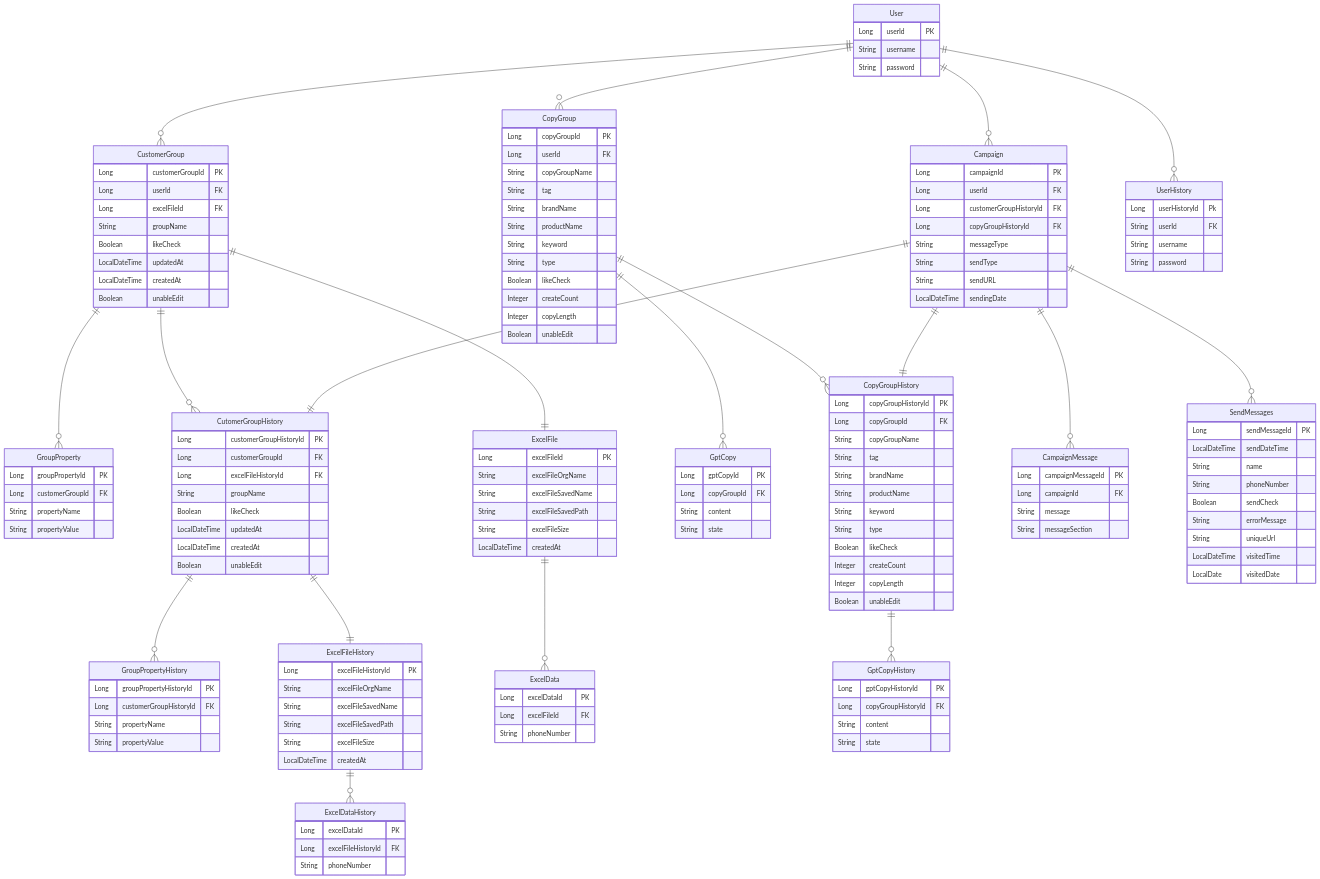
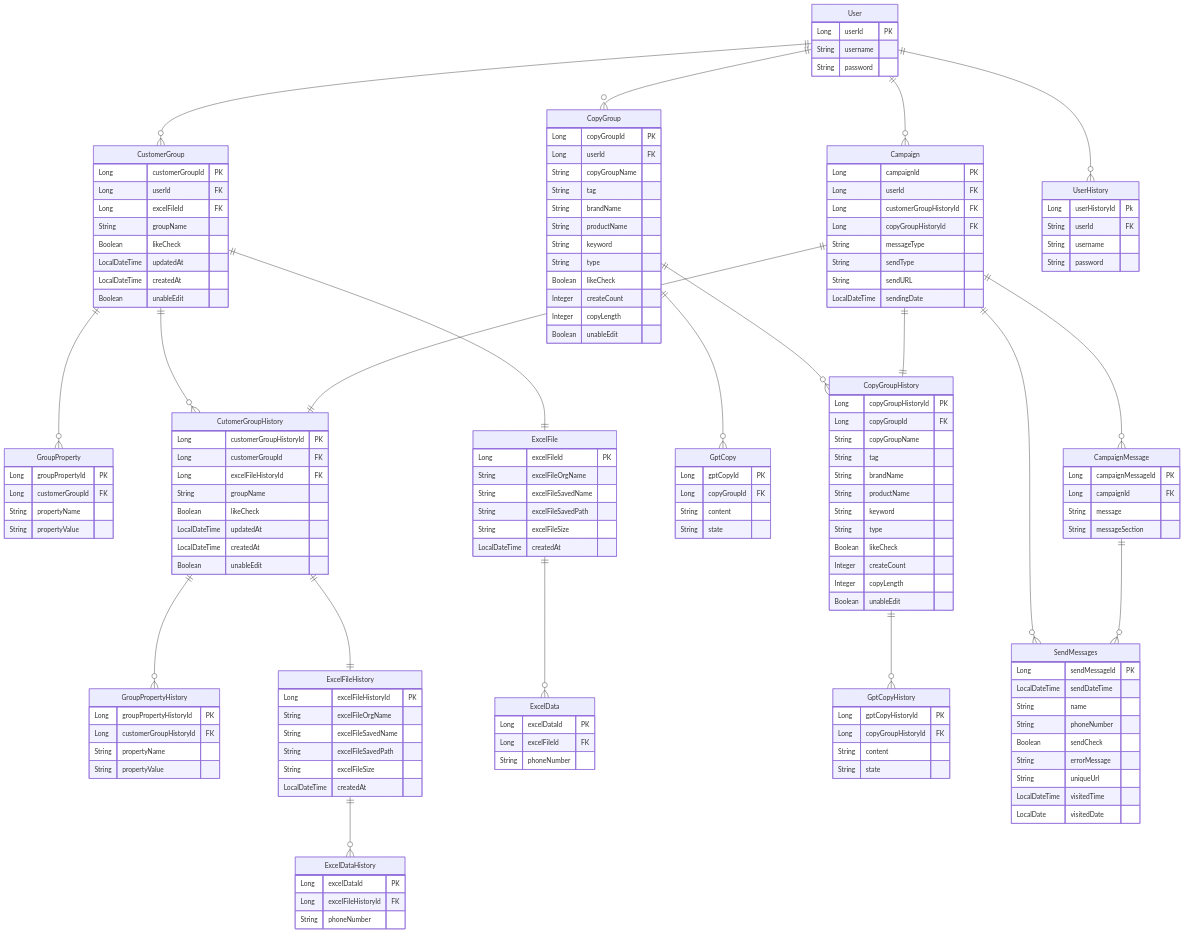
Before and after one commit to swcamp-teamP03/Backend: the diagram in README.md, drawn with Mermaid.

```diff
--- a/README.md
+++ b/README.md
@@ -103,6 +103,7 @@
 	Campaign ||--o{ SendMessages : ""
 	Campaign ||--|| CutomerGroupHistory  : ""
 	Campaign ||--|| CopyGroupHistory : ""
+	CampaignMessage ||--o{ SendMessages : ""
 
 
 	User {
```
